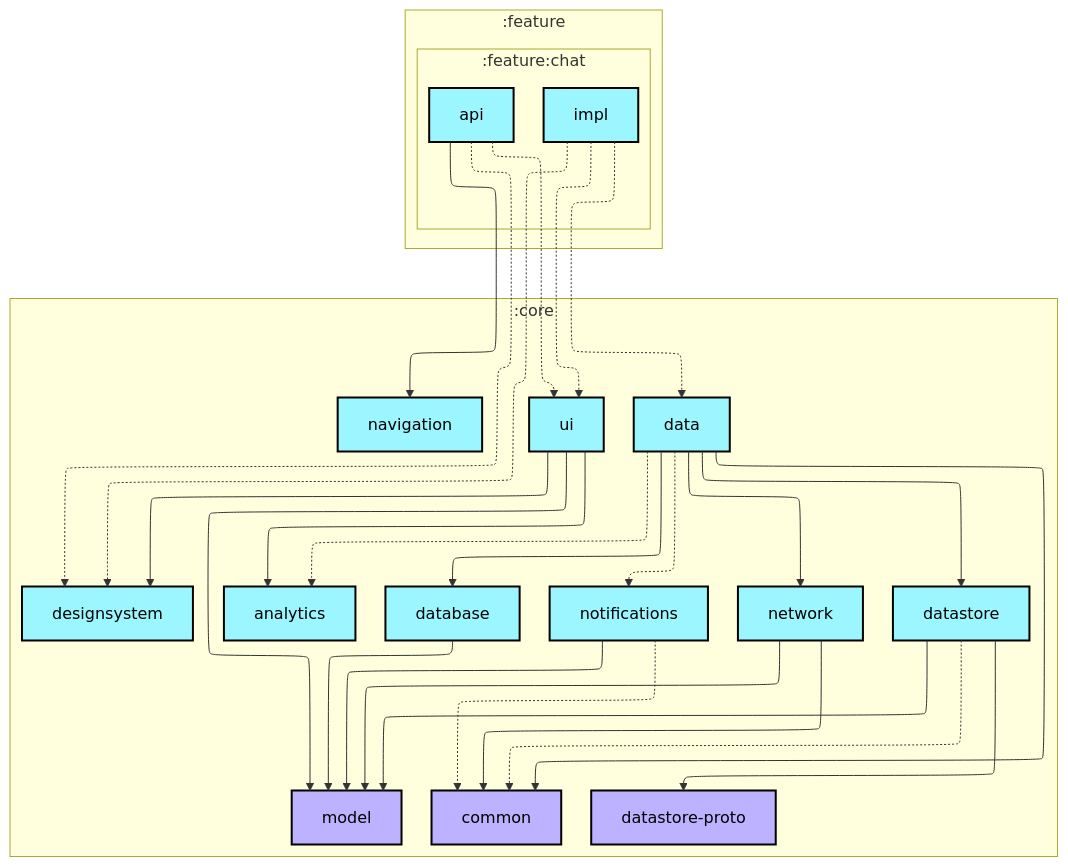
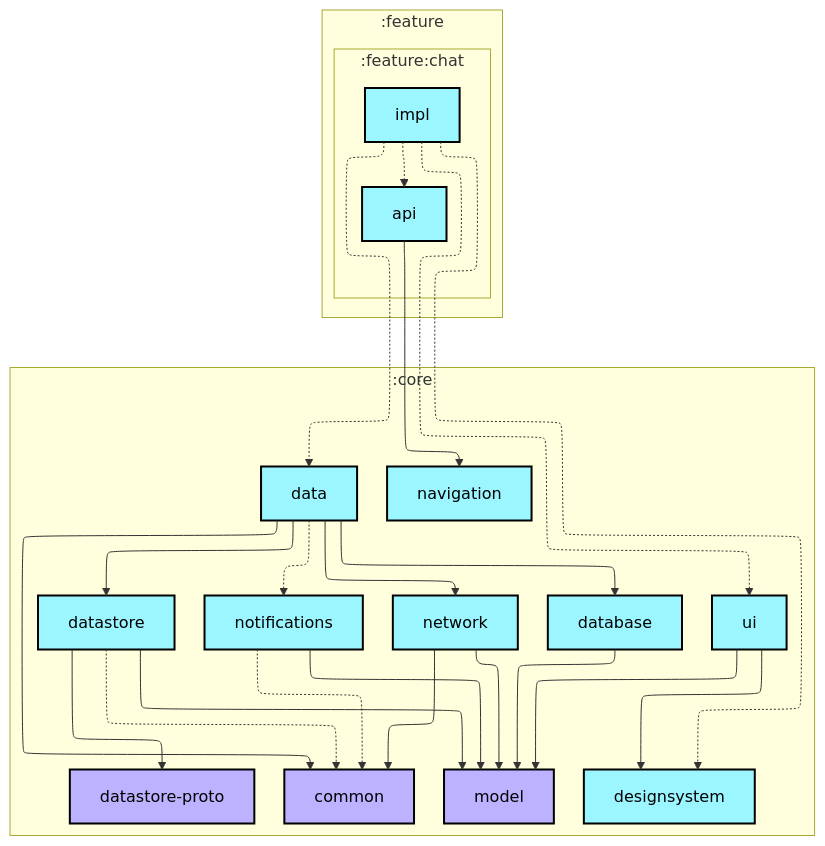
Before and after one commit to AshishMK/JetUpdates: the first of 2 diagrams in feature/chat/impl/README.md, drawn with Mermaid. The commit also changed 15 other files, not shown here.

Commit message:
feat: hideBottomBar logic All pull requests completed after PR # 2003Migrate project to Jetpack Navigation 3 to PR #2100 Update README graphs with correct datastore-proto plugin

````diff
--- a/feature/chat/impl/README.md
+++ b/feature/chat/impl/README.md
@@ -6,63 +6,59 @@
 ```mermaid
 ---
 config:
   layout: elk
   elk:
     nodePlacementStrategy: SIMPLE
 ---
 graph TB
   subgraph :feature
     direction TB
     subgraph :feature:chat
       direction TB
       :feature:chat:api[api]:::android-library
       :feature:chat:impl[impl]:::android-library
     end
   end
   subgraph :core
     direction TB
-    :core:analytics[analytics]:::android-library
     :core:common[common]:::jvm-library
     :core:data[data]:::android-library
     :core:database[database]:::android-library
     :core:datastore[datastore]:::android-library
     :core:datastore-proto[datastore-proto]:::jvm-library
     :core:designsystem[designsystem]:::android-library
     :core:model[model]:::jvm-library
     :core:navigation[navigation]:::android-library
     :core:network[network]:::android-library
     :core:notifications[notifications]:::android-library
     :core:ui[ui]:::android-library
   end
 
-  :core:data -.-> :core:analytics
   :core:data --> :core:common
   :core:data --> :core:database
   :core:data --> :core:datastore
   :core:data --> :core:network
   :core:data -.-> :core:notifications
   :core:database --> :core:model
   :core:datastore -.-> :core:common
   :core:datastore --> :core:datastore-proto
   :core:datastore --> :core:model
   :core:network --> :core:common
   :core:network --> :core:model
   :core:notifications -.-> :core:common
   :core:notifications --> :core:model
-  :core:ui --> :core:analytics
   :core:ui --> :core:designsystem
   :core:ui --> :core:model
-  :feature:chat:api -.-> :core:designsystem
   :feature:chat:api --> :core:navigation
-  :feature:chat:api -.-> :core:ui
   :feature:chat:impl -.-> :core:data
   :feature:chat:impl -.-> :core:designsystem
   :feature:chat:impl -.-> :core:ui
+  :feature:chat:impl -.-> :feature:chat:api
 
 classDef android-application fill:#CAFFBF,stroke:#000,stroke-width:2px,color:#000;
 classDef android-feature fill:#FFD6A5,stroke:#000,stroke-width:2px,color:#000;
 classDef android-library fill:#9BF6FF,stroke:#000,stroke-width:2px,color:#000;
 classDef android-test fill:#A0C4FF,stroke:#000,stroke-width:2px,color:#000;
 classDef jvm-library fill:#BDB2FF,stroke:#000,stroke-width:2px,color:#000;
 classDef unknown fill:#FFADAD,stroke:#000,stroke-width:2px,color:#000;
 ```
````
